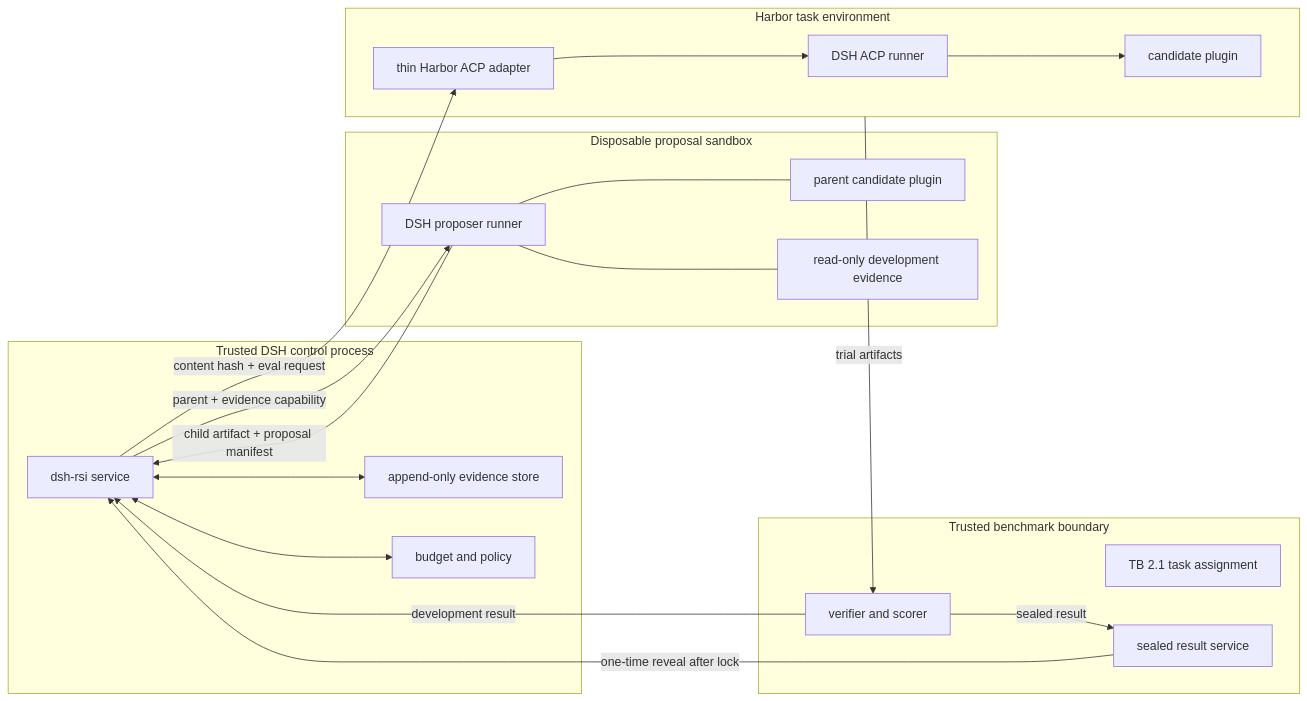
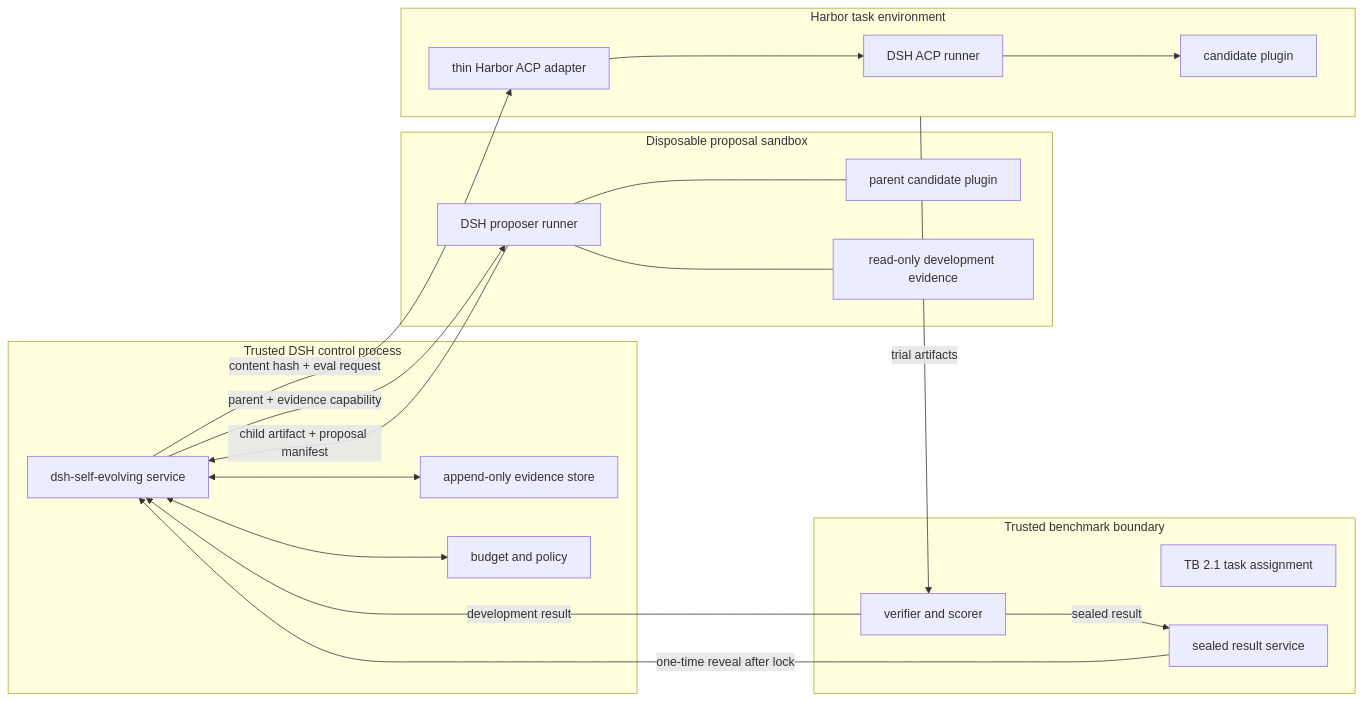
One commit to timwhitez/dsh-self-evolving changed the diagram in specs/01-architecture.md. Above: the diagram before and after it, drawn with Mermaid. The commit also changed other lines of this file and 289 other files, not shown here.

Commit message:
Rename project to dsh-self-evolving

````diff
--- a/specs/01-architecture.md
+++ b/specs/01-architecture.md
@@ -16,39 +16,39 @@
 ```mermaid
 flowchart LR
   subgraph C[Trusted DSH control process]
-    R[dsh-rsi service]
+    R[dsh-self-evolving service]
     E[append-only evidence store]
     B[budget and policy]
     R <--> E
     R <--> B
   end
 
   subgraph P[Disposable proposal sandbox]
     PR[DSH proposer runner]
     PC[parent candidate plugin]
     EV[read-only development evidence]
     PR --- PC
     PR --- EV
   end
 
   subgraph H[Harbor task environment]
     HA[thin Harbor ACP adapter]
     AR[DSH ACP runner]
     CC[candidate plugin]
     HA --> AR --> CC
   end
 
   subgraph V[Trusted benchmark boundary]
     TB[TB 2.1 task assignment]
     VR[verifier and scorer]
     SS[sealed result service]
   end
 
   R -->|parent + evidence capability| PR
   PR -->|child artifact + proposal manifest| R
   R -->|content hash + eval request| HA
   H -->|trial artifacts| VR
   VR -->|development result| R
   VR -->|sealed result| SS
   SS -->|one-time reveal after lock| R
 ```
````
